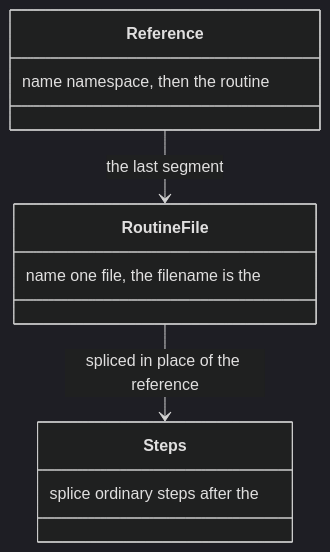
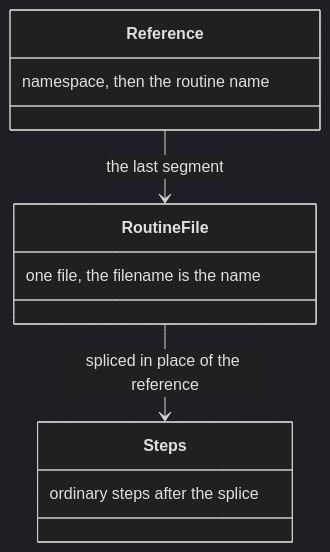
Diagram 14 of 34 in docs/resolution.md (m2ux/workflow-server), drawn with Mermaid (dark theme) before and after one commit. The commit also changed other lines of this file and 10 other files, not shown here.

Commit message:
Write each class-box note in reading order so the diagram shows the phrase as written.

````diff
--- a/docs/resolution.md
+++ b/docs/resolution.md
@@ -273,14 +273,14 @@
 ```mermaid
 classDiagram
   class Reference {
-    name namespace, then the routine
+    namespace, then the routine name
   }
   class RoutineFile {
-    name one file, the filename is the
+    one file, the filename is the name
   }
   class Steps {
-    splice ordinary steps after the
+    ordinary steps after the splice
   }
   Reference --> RoutineFile : the last segment
   RoutineFile --> Steps : spliced in place of the reference
 ```
````
